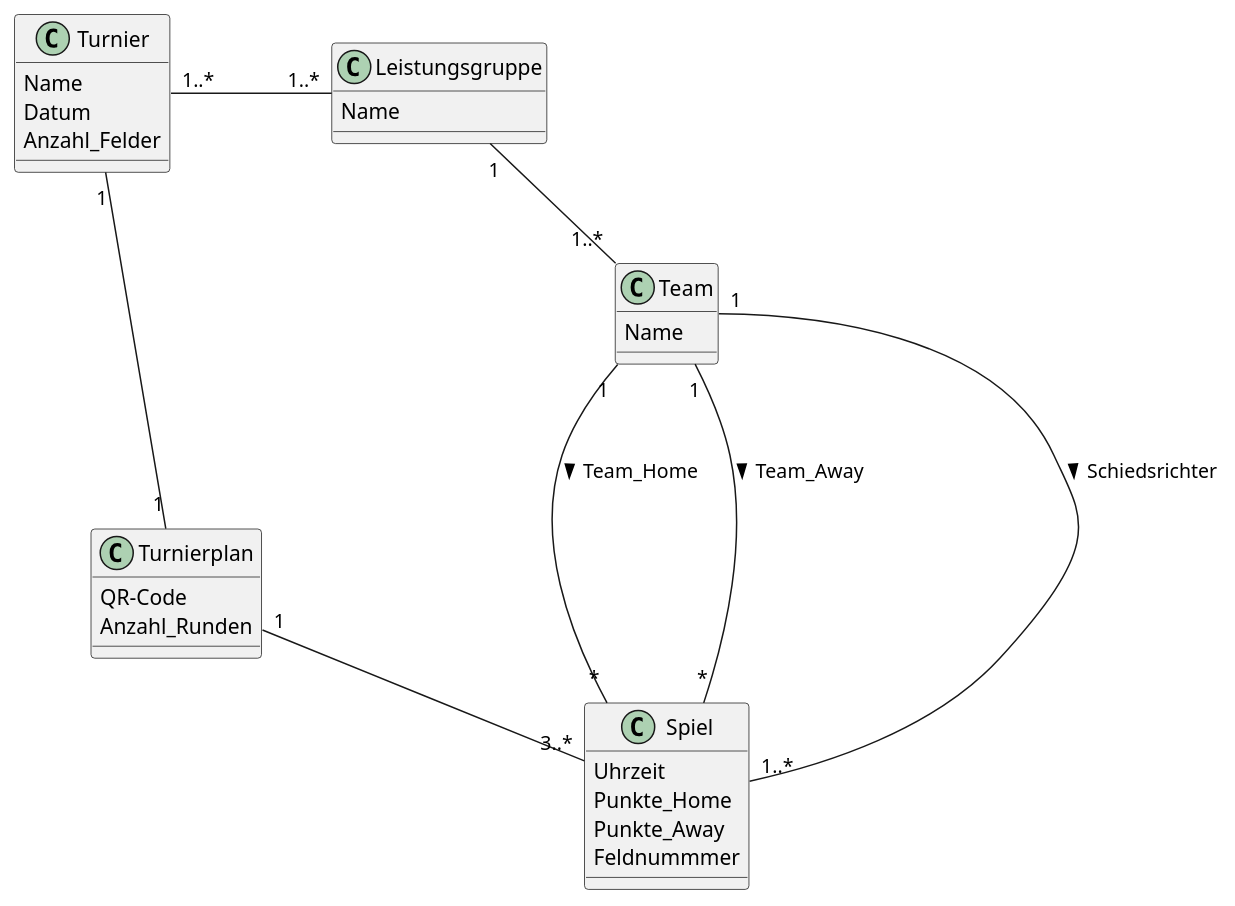
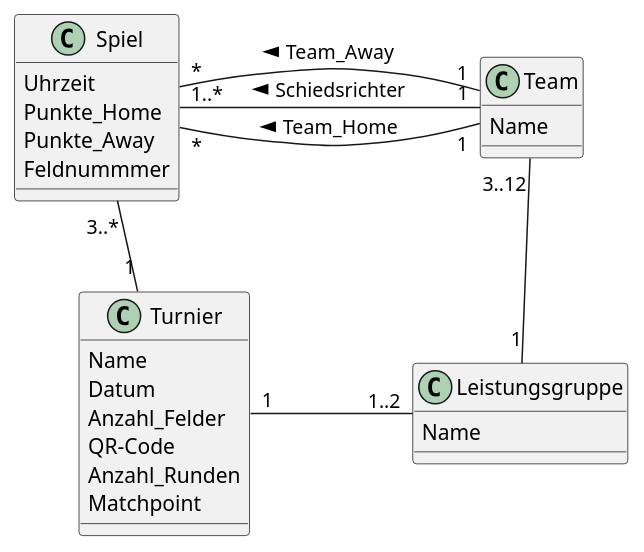
One commit to franz-starke/TourneyLab changed the diagram in docs/requirements/plantuml/domain_model.puml. Above: the diagram before and after it, drawn with PlantUML. The commit also changed 5 other files, not shown here.

```diff
--- a/docs/requirements/plantuml/domain_model.puml
+++ b/docs/requirements/plantuml/domain_model.puml
@@ -1,42 +1,41 @@
 @startuml domain_model
 
 skinparam nodesep 100
 skinparam Ranksep 60
 
 ' Klassen
 class Turnier {
   Name
   Datum
   Anzahl_Felder
+  QR-Code
+  Anzahl_Runden
+  Matchpoint
 }
 
 class Leistungsgruppe {
   Name
 
 }
 
 class Spiel {
   Uhrzeit
   Punkte_Home
   Punkte_Away
   Feldnummmer
 }
 
 class Team {
   Name
 }
 
-class Turnierplan {
-  QR-Code
-  Anzahl_Runden
-}
 
-Turnier "1..*" -right- "1..*" Leistungsgruppe
-Turnier "1"    -down--  "1" Turnierplan
-Team    "1..*" -up- "1" Leistungsgruppe
-Team    "1" -down-- "1..*" Spiel : Schiedsrichter >
-Team    "1" -down- "*" Spiel : Team_Home >
-Team    "1" -down- "*" Spiel : Team_Away >
-Spiel   "3..*" -left- "1" Turnierplan
+
+Turnier "1" -right- "1..2" Leistungsgruppe
+Team    "3..12" -- "1" Leistungsgruppe
+Team    "1" -left- "1..*" Spiel : Schiedsrichter >
+Team    "1" -- "*" Spiel : Team_Home >
+Team    "1" -- "*" Spiel : Team_Away >
+Spiel   "3..*" -- "1" Turnier
 
 @enduml
```
